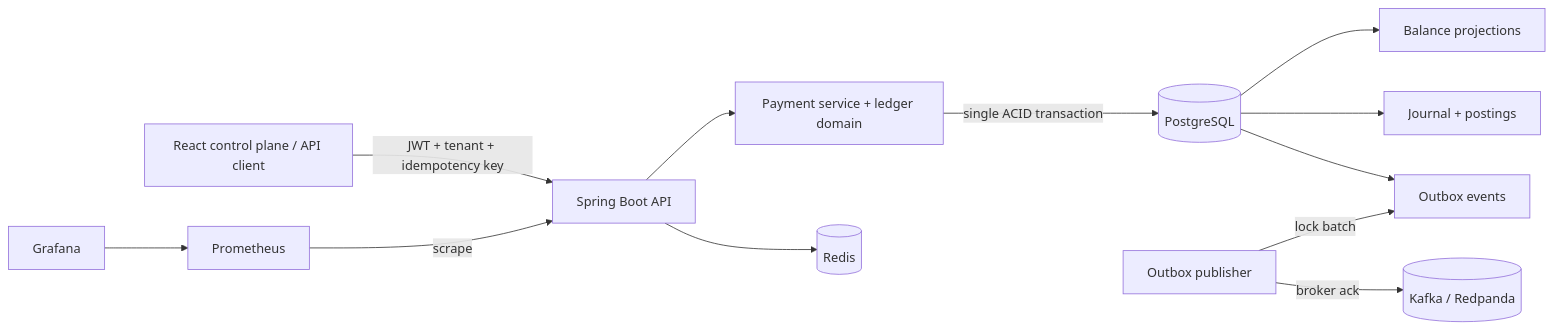
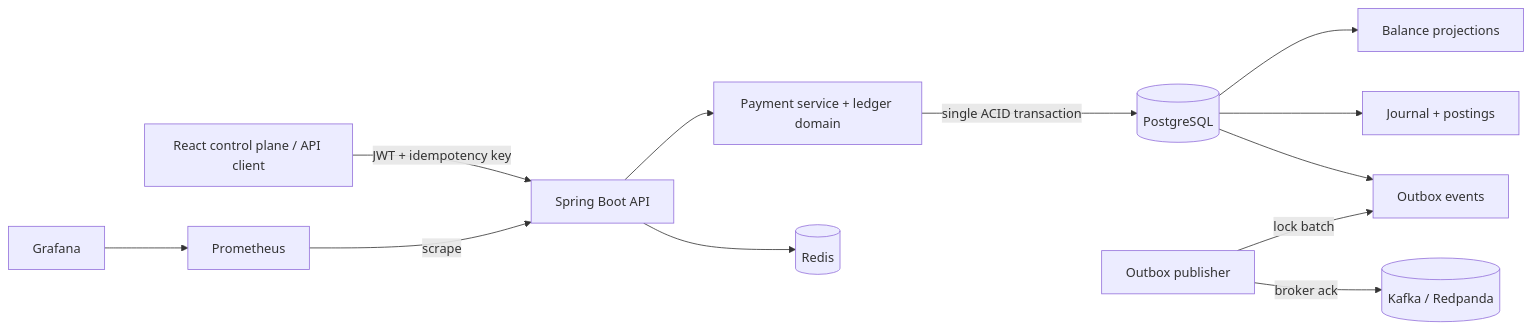
One commit to Mohamedajab/clearledger changed the diagram in README.md. Above: the diagram before and after it, drawn with Mermaid. The commit also changed other lines of this file and 42 other files, not shown here.

````diff
--- a/README.md
+++ b/README.md
@@ -36,14 +37,14 @@
 ```mermaid
 flowchart LR
-  Client[React control plane / API client] -->|JWT + tenant + idempotency key| API[Spring Boot API]
+  Client[React control plane / API client] -->|JWT + idempotency key| API[Spring Boot API]
   API --> Domain[Payment service + ledger domain]
   Domain -->|single ACID transaction| PG[(PostgreSQL)]
   PG --> Accounts[Balance projections]
   PG --> Journal[Journal + postings]
   PG --> Outbox[Outbox events]
   Worker[Outbox publisher] -->|lock batch| Outbox
   Worker -->|broker ack| Kafka[(Kafka / Redpanda)]
   API --> Redis[(Redis)]
   Prom[Prometheus] -->|scrape| API
   Grafana[Grafana] --> Prom
 ```
````
